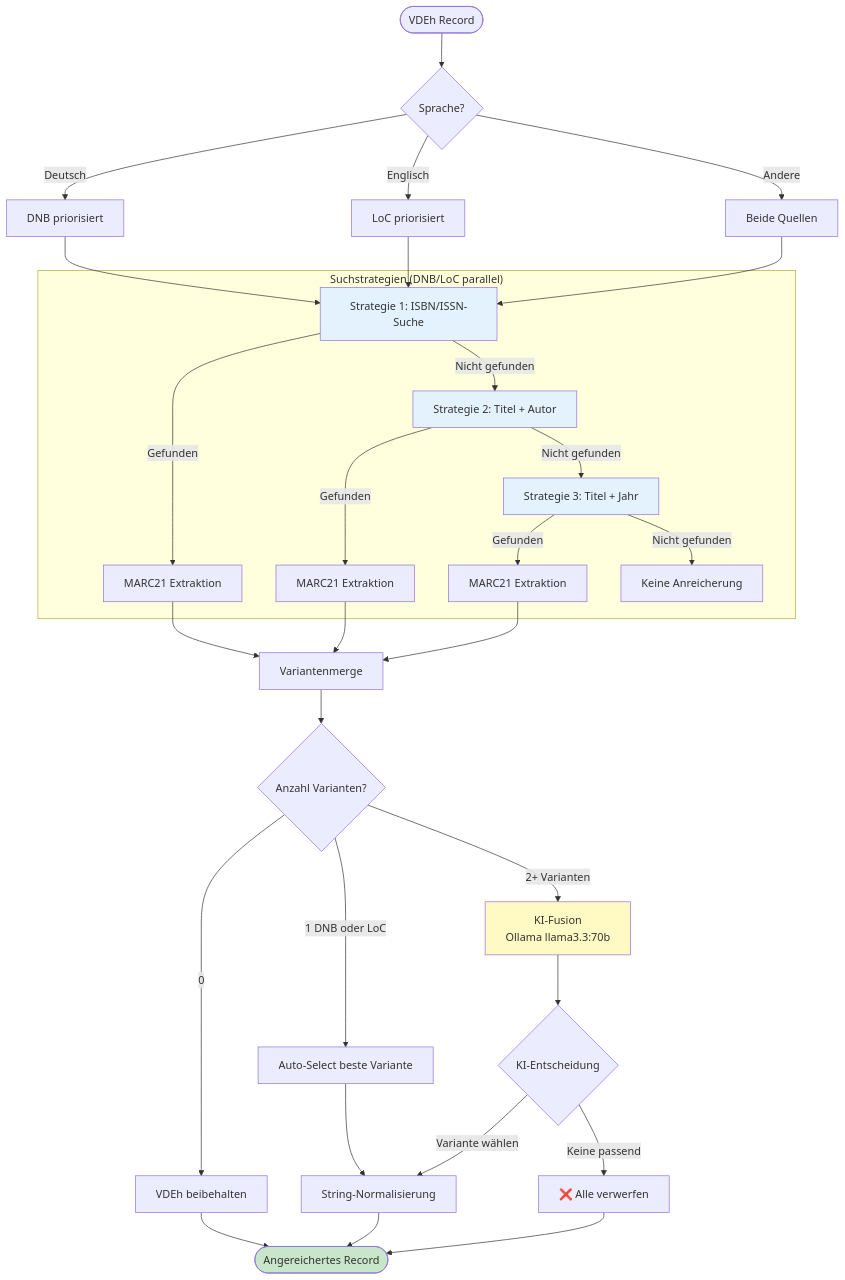
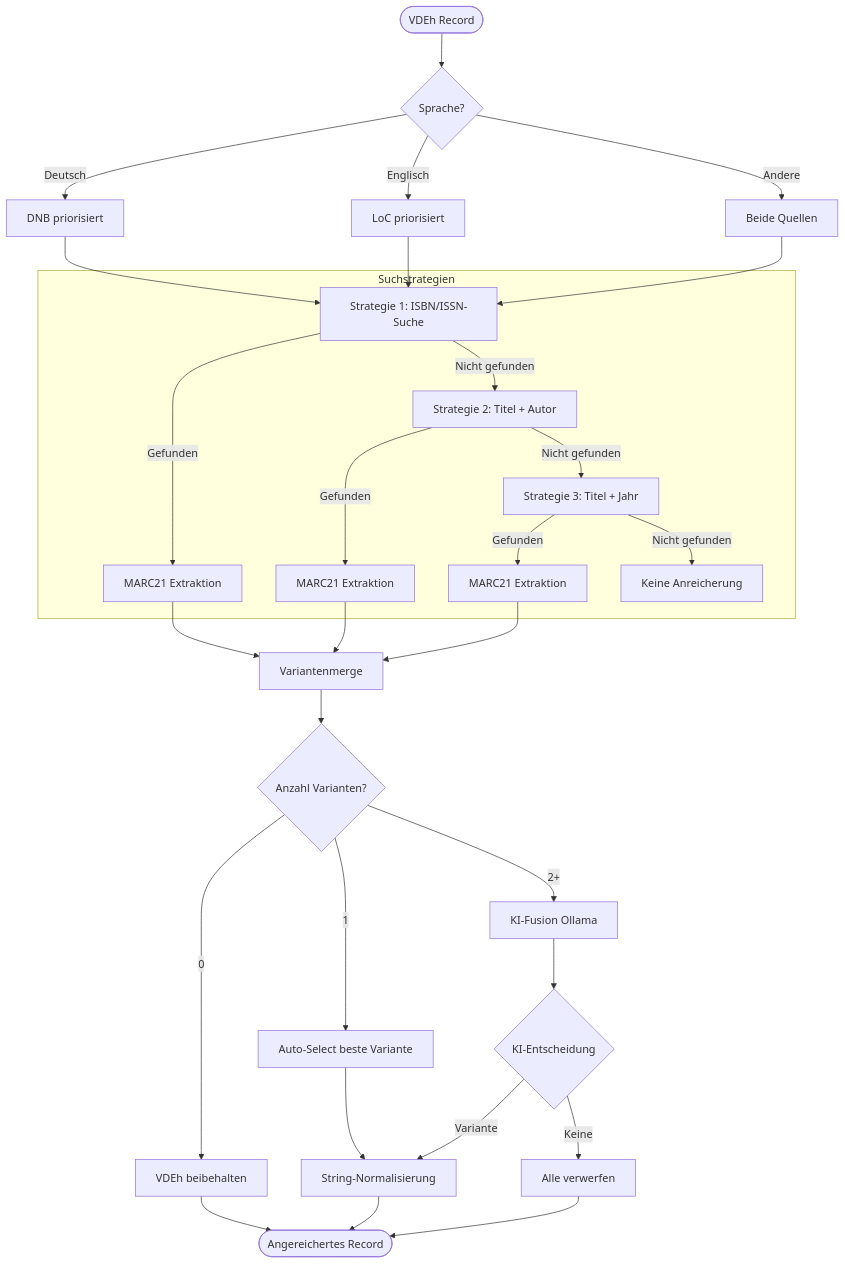
One commit to SebastianZug/VDeH_Datenbestand changed the diagram in docs/paper/VDEH_Bestandsanalyse.md. Above: the diagram before and after it, drawn with Mermaid. The commit also changed other lines of this file and 1 other file, not shown here.

First line of the commit message:
fix: Make Mermaid diagrams GitHub-compatible

````diff
--- a/docs/paper/VDEH_Bestandsanalyse.md
+++ b/docs/paper/VDEH_Bestandsanalyse.md
@@ -132,51 +123,45 @@
 ```mermaid
 flowchart TB
     Start([VDEh Record]) --> Lang{Sprache?}
 
     Lang -->|Deutsch| DNB_Prio[DNB priorisiert]
     Lang -->|Englisch| LoC_Prio[LoC priorisiert]
     Lang -->|Andere| Both[Beide Quellen]
 
     DNB_Prio --> S1
     LoC_Prio --> S1
     Both --> S1
 
-    subgraph "Suchstrategien (DNB/LoC parallel)"
+    subgraph Suchstrategien
         S1[Strategie 1: ISBN/ISSN-Suche]
         S1 -->|Gefunden| Extract1[MARC21 Extraktion]
         S1 -->|Nicht gefunden| S2
 
         S2[Strategie 2: Titel + Autor]
         S2 -->|Gefunden| Extract2[MARC21 Extraktion]
         S2 -->|Nicht gefunden| S3
 
         S3[Strategie 3: Titel + Jahr]
         S3 -->|Gefunden| Extract3[MARC21 Extraktion]
         S3 -->|Nicht gefunden| Fail[Keine Anreicherung]
     end
 
     Extract1 --> Merge[Variantenmerge]
     Extract2 --> Merge
     Extract3 --> Merge
 
     Merge --> Variants{Anzahl Varianten?}
 
     Variants -->|0| KeepVDEh[VDEh beibehalten]
-    Variants -->|1 DNB oder LoC| AutoSelect[Auto-Select beste Variante]
-    Variants -->|2+ Varianten| AI[KI-Fusion<br/>Ollama llama3.3:70b]
+    Variants -->|1| AutoSelect[Auto-Select beste Variante]
+    Variants -->|2+| AI[KI-Fusion Ollama]
 
     AI --> Decision{KI-Entscheidung}
-    Decision -->|Variante wählen| Normalize[String-Normalisierung]
-    Decision -->|Keine passend| Reject[❌ Alle verwerfen]
+    Decision -->|Variante| Normalize[String-Normalisierung]
+    Decision -->|Keine| Reject[Alle verwerfen]
 
     AutoSelect --> Normalize
     Normalize --> Final([Angereichertes Record])
     KeepVDEh --> Final
     Reject --> Final
-
-    style S1 fill:#e3f2fd
-    style S2 fill:#e3f2fd
-    style S3 fill:#e3f2fd
-    style AI fill:#fff9c4
-    style Final fill:#c8e6c9
 ```
````
